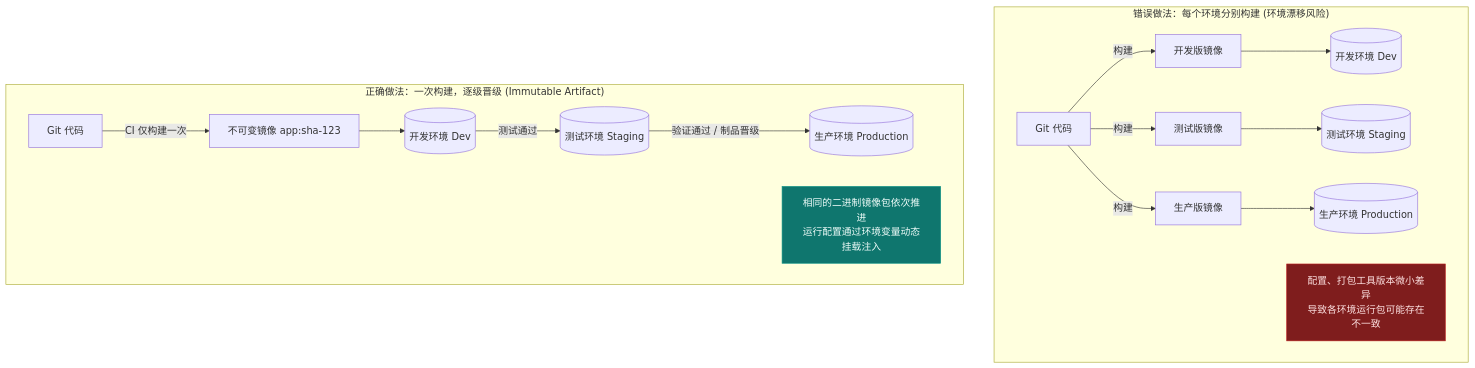
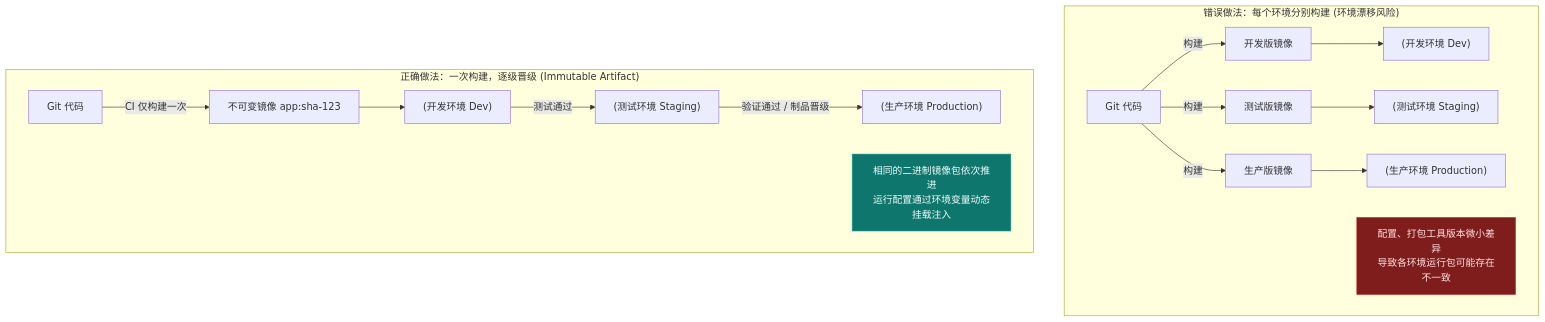
Before and after one commit to koosai/AI-Architect-Learning: the second of 3 diagrams in docs/06-cloud-enterprise-industrial/cicd-pipelines.mdx, drawn with Mermaid. The commit also changed other lines of this file and 187 other files, not shown here.

Commit message:
fix(mermaid): fix all unquoted parens and edge label syntax errors across all docs

````diff
--- a/docs/06-cloud-enterprise-industrial/cicd-pipelines.mdx
+++ b/docs/06-cloud-enterprise-industrial/cicd-pipelines.mdx
@@ -79,20 +79,20 @@
 ```mermaid
 flowchart TD
     subgraph Wrong_Mutable_Path["错误做法：每个环境分别构建 (环境漂移风险)"]
-        W_Code[Git 代码] -->|构建| W_Dev[开发版镜像] --> Dev_Env[(开发环境 Dev)]
-        W_Code -->|构建| W_Stg[测试版镜像] --> Stg_Env[(测试环境 Staging)]
-        W_Code -->|构建| W_Prod[生产版镜像] --> Prod_Env[(生产环境 Production)]
+        W_Code[Git 代码] -->|构建| W_Dev[开发版镜像] --> Dev_Env["(开发环境 Dev)"]
+        W_Code -->|构建| W_Stg[测试版镜像] --> Stg_Env["(测试环境 Staging)"]
+        W_Code -->|构建| W_Prod[生产版镜像] --> Prod_Env["(生产环境 Production)"]
         note1["配置、打包工具版本微小差异<br>导致各环境运行包可能存在不一致"]
     end
 
     subgraph Correct_Immutable_Path["正确做法：一次构建，逐级晋级 (Immutable Artifact)"]
-        C_Code[Git 代码] -->|CI 仅构建一次| C_Image[不可变镜像 app:sha-123]
-        C_Image --> Dev_Env2[(开发环境 Dev)]
-        Dev_Env2 -->|测试通过| Stg_Env2[(测试环境 Staging)]
-        Stg_Env2 -->|验证通过 / 制品晋级| Prod_Env2[(生产环境 Production)]
+        C_Code[Git 代码] -->|CI 仅构建一次| C_Image["不可变镜像 app:sha-123"]
+        C_Image --> Dev_Env2["(开发环境 Dev)"]
+        Dev_Env2 -->|测试通过| Stg_Env2["(测试环境 Staging)"]
+        Stg_Env2 -->|验证通过 / 制品晋级| Prod_Env2["(生产环境 Production)"]
         note2["相同的二进制镜像包依次推进<br>运行配置通过环境变量动态挂载注入"]
     end
 
     style note1 fill:#7f1d1d,stroke:#b91c1c,color:#fee2e2
     style note2 fill:#0f766e,stroke:#0d9488,color:#f0fdfa
 ```
````
